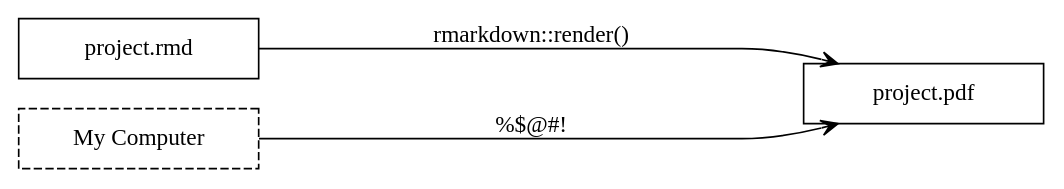
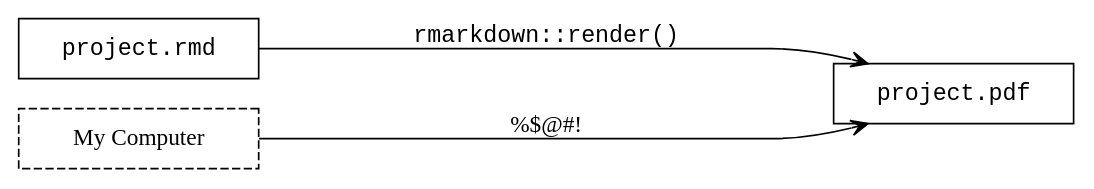
One commit to maxheld83/ghactions changed the diagram in assets/cicd-wo.gv. Above: the diagram before and after it, drawn with Graphviz. The commit also changed 3 other files, not shown here.

```diff
--- a/assets/cicd-wo.gv
+++ b/assets/cicd-wo.gv
@@ -1,50 +1,50 @@
 digraph cicd {
 
 graph [
   layout = dot
   rankdir = LR
 ]
 
 node  [
   shape = rectangle
   color = black
   fixedsize = true
   width = 2.0
   style = solid
 ]
 
 node  [
-  fontname = "Fira Code"
+  fontname = "Courier"
   label = "project.rmd"
 ]
 source
 
 node [
   fontname = "Fira Sans"
   label = "My Computer"
   style = dashed
 ]
 computer
 
 node [
-  fontname = "Fira Code",
+  fontname = "Courier",
   label = "project.pdf"
   style = solid
 ]
 binary
 
 edge [
   arrowhead = "vee"
   color = black,
-  fontname = "Fira Code"
+  fontname = "Courier"
   minlen = 5
 ]
 source -> {binary} [
   label = "rmarkdown::render()"
   width = 1
 ]
 computer -> {binary} [
   label = "%$@#!"
   fontname = "Fira Sans"
 ]
 }
```
